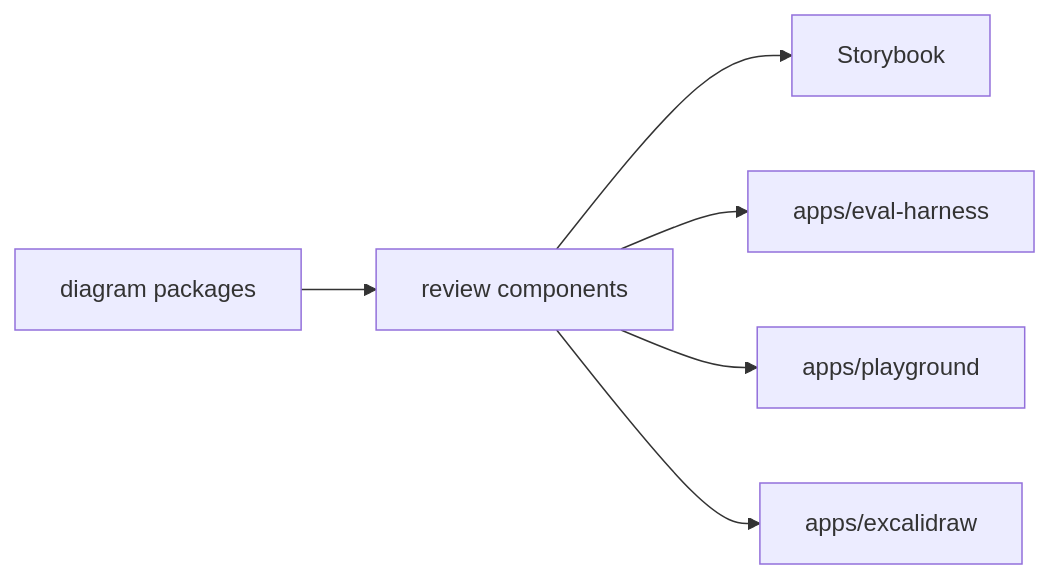
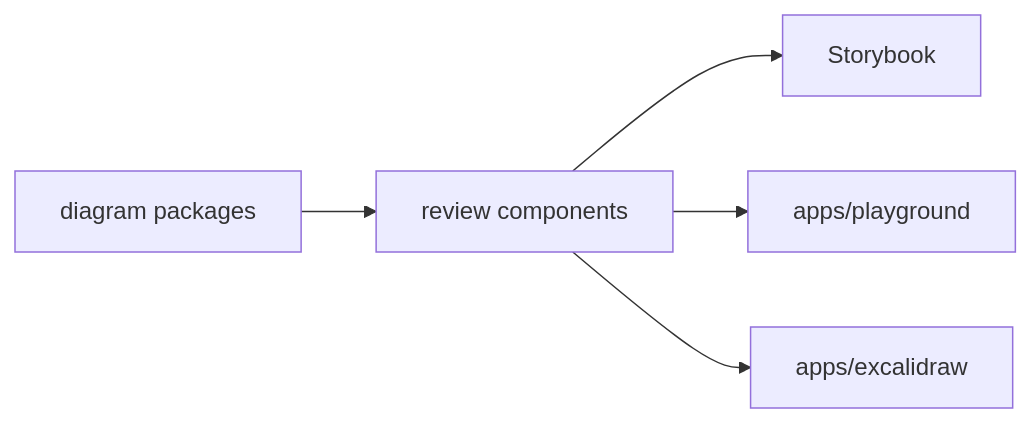
Before and after one commit to shpitdev/sketchi: the diagram in packages/diagram/ui/README.md, drawn with Mermaid. The commit also changed other lines of this file and 91 other files, not shown here.

First line of the commit message:
chore(evals): remove the eval-harness app and its scenario review UI (#695)

````diff
--- a/packages/diagram/ui/README.md
+++ b/packages/diagram/ui/README.md
@@ -5,8 +5,7 @@
 ```mermaid
 flowchart LR
   Packages["diagram packages"] --> Components["review components"]
   Components --> Storybook["Storybook"]
-  Components --> EvalHarness["apps/eval-harness"]
   Components --> Playground["apps/playground"]
   Components --> Excalidraw["apps/excalidraw"]
 ```
````
